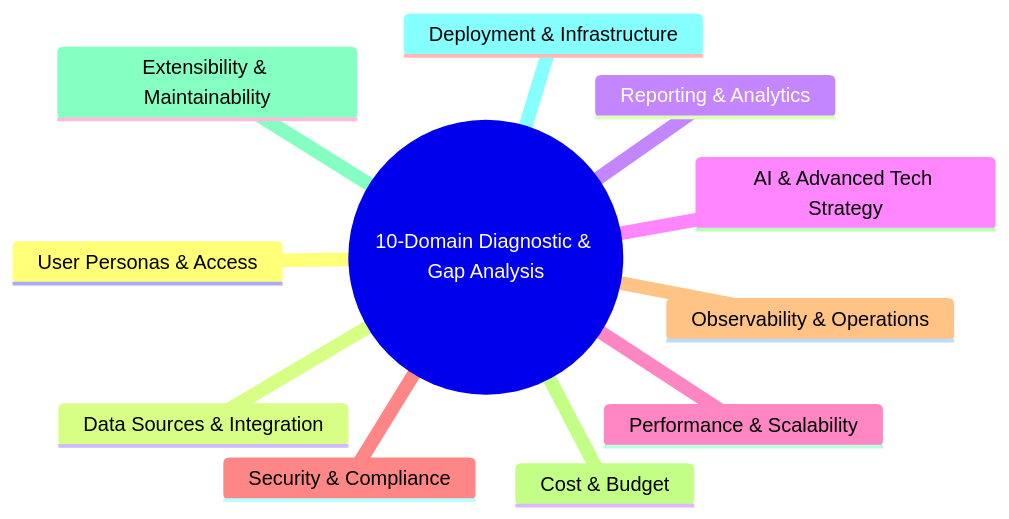
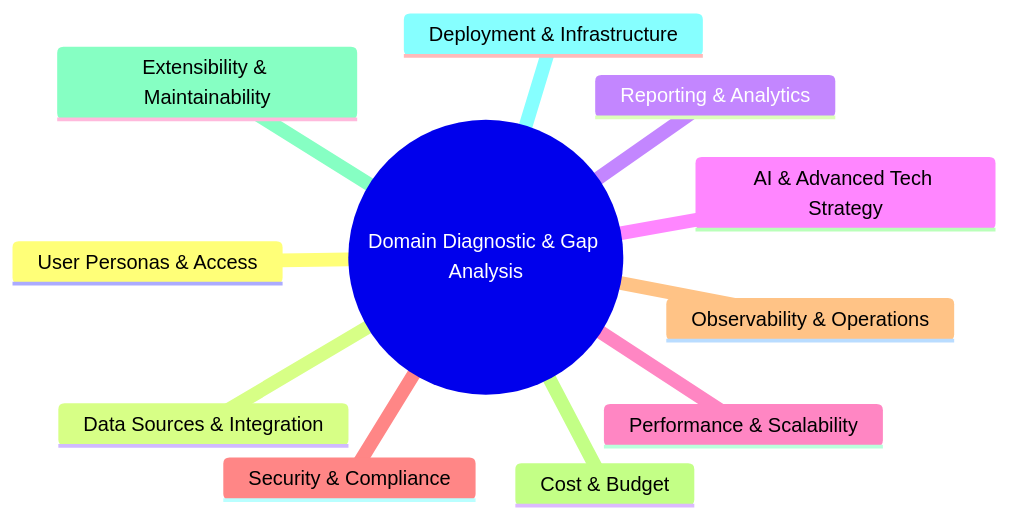
The second of 2 diagrams in docs/sop/01-discover-align.md (avfranco-br/portfolio), drawn with Mermaid before and after one commit. The commit also changed other lines of this file and 7 other files, not shown here.

````diff
--- a/docs/sop/01-discover-align.md
+++ b/docs/sop/01-discover-align.md
@@ -52,14 +52,14 @@
 ```mermaid
 mindmap
-  root((10-Domain Diagnostic & Gap Analysis))
+  root((Domain Diagnostic & Gap Analysis))
     User Personas & Access
     Data Sources & Integration
     Reporting & Analytics
     AI & Advanced Tech Strategy
     Performance & Scalability
     Security & Compliance
     Observability & Operations
     Cost & Budget
     Extensibility & Maintainability
     Deployment & Infrastructure
 ```
````
